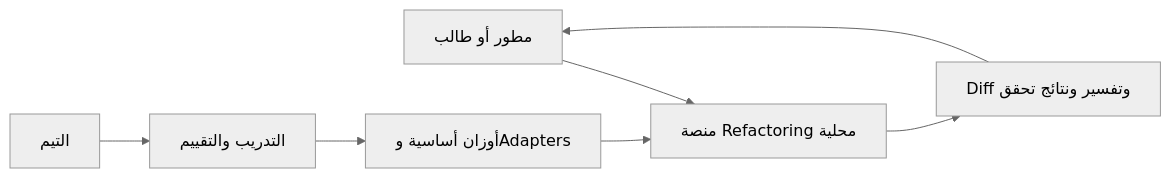
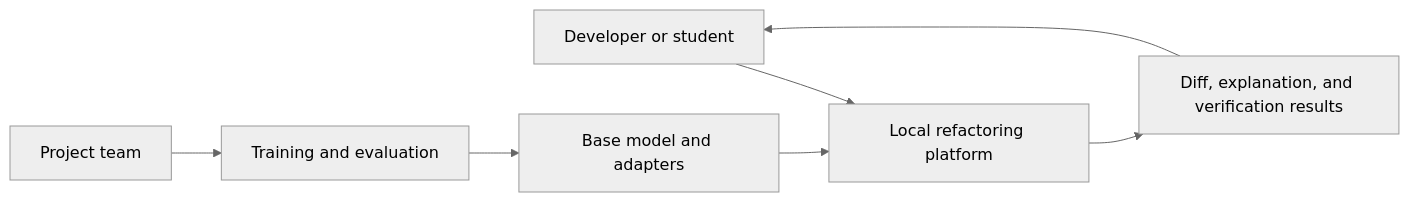
One commit to abdulrhmanmagdy1/grad-refactor-ai changed the first of 2 diagrams in docs/architecture/system-design.md. Above: the diagram before and after it, drawn with Mermaid (neutral theme). The commit also changed other lines of this file and 39 other files, not shown here.

````diff
--- a/docs/architecture/system-design.md
+++ b/docs/architecture/system-design.md
@@ -7,9 +7,9 @@
 ```mermaid
 flowchart LR
-    U[مطور أو طالب] --> S[منصة Refactoring محلية]
-    T[التيم] --> E[التدريب والتقييم]
-    E --> W[أوزان أساسية وAdapters]
+    U[Developer or student] --> S[Local refactoring platform]
+    T[Project team] --> E[Training and evaluation]
+    E --> W[Base model and adapters]
     W --> S
-    S --> R[Diff وتفسير ونتائج تحقق]
+    S --> R[Diff, explanation, and verification results]
     R --> U
 ```
````
